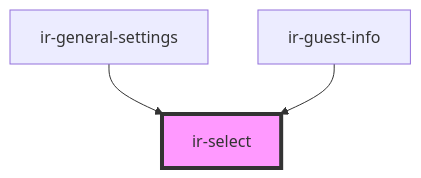
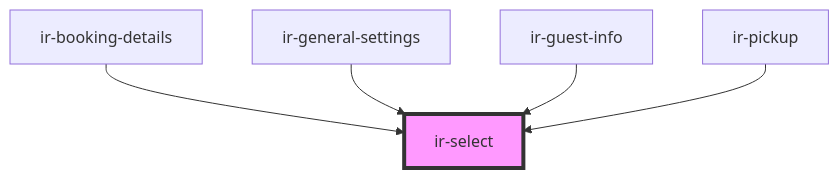
One commit to David1Chowaifaty/modified-ir-webcmp changed the diagram in src/components/ir-select/readme.md. Above: the diagram before and after it, drawn with Mermaid. The commit also changed other lines of this file and 11 other files, not shown here.

````diff
--- a/src/components/ir-select/readme.md
+++ b/src/components/ir-select/readme.md
@@ -45,6 +47,8 @@
 ```mermaid
 graph TD;
+  ir-booking-details --> ir-select
   ir-general-settings --> ir-select
   ir-guest-info --> ir-select
+  ir-pickup --> ir-select
   style ir-select fill:#f9f,stroke:#333,stroke-width:4px
 ```
````
